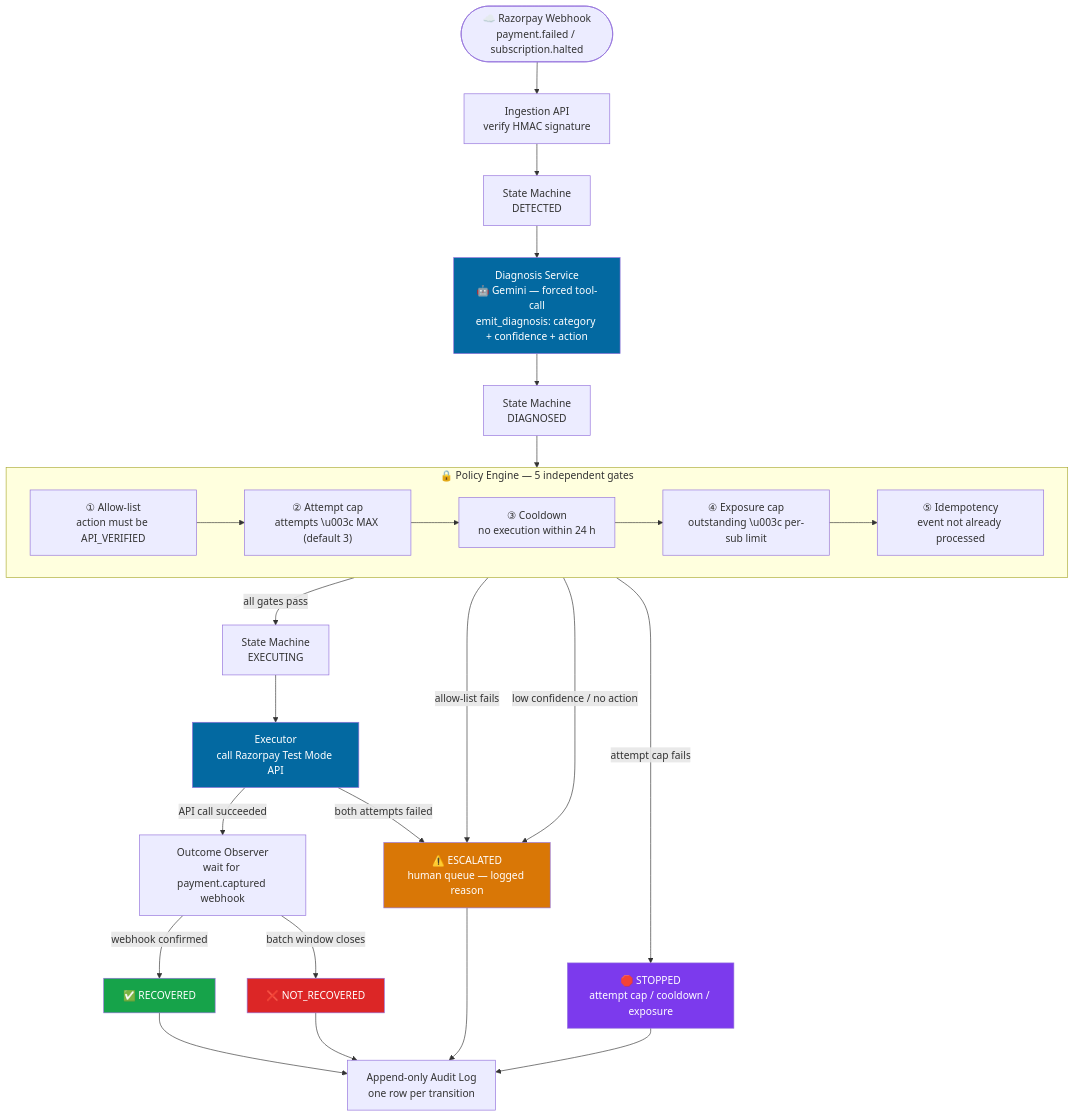
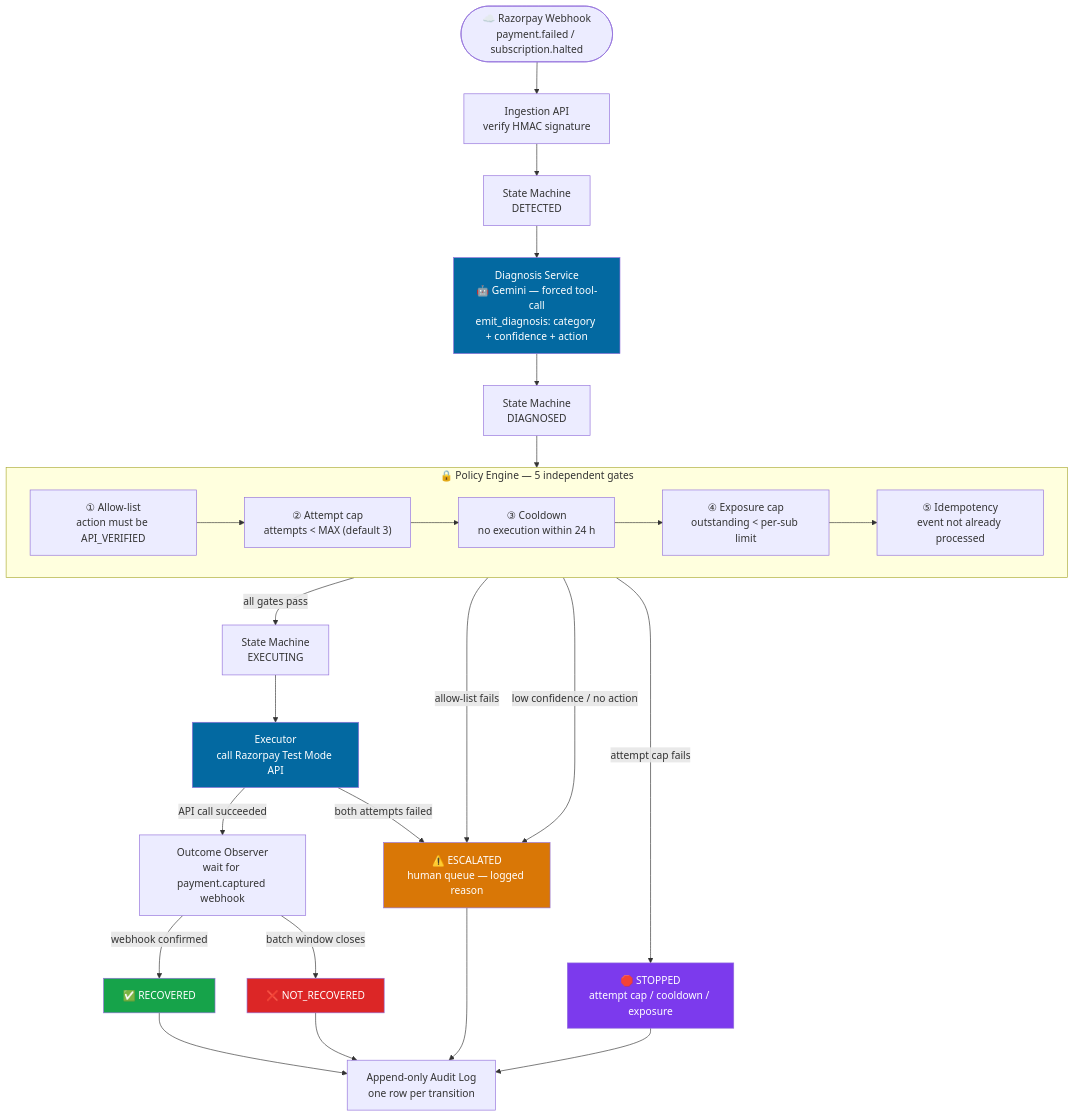
Before and after one commit to Hemanth-katariya/razorpay-ai-revenue-recovery: the diagram in README.md, drawn with Mermaid. The commit also changed other lines of this file, not shown here.

````diff
--- a/README.md
+++ b/README.md
@@ -44,47 +49,47 @@
 ```mermaid
 flowchart TD
     W(["☁️ Razorpay Webhook\npayment.failed / subscription.halted"])
     W --> ING["Ingestion API\nverify HMAC signature"]
 
     ING --> SM1["State Machine\nDETECTED"]
 
     SM1 --> DIAG["Diagnosis Service\n🤖 Gemini — forced tool-call\nemit_diagnosis: category + confidence + action"]
 
     DIAG --> SM2["State Machine\nDIAGNOSED"]
 
     SM2 --> GATE["Policy Engine — deterministic gates"]
 
     subgraph GATE ["🔒 Policy Engine — 5 independent gates"]
         G1["① Allow-list\naction must be API_VERIFIED"]
-        G2["② Attempt cap\nattempts \u003c MAX (default 3)"]
+        G2["② Attempt cap\nattempts < MAX (default 3)"]
         G3["③ Cooldown\nno execution within 24 h"]
-        G4["④ Exposure cap\noutstanding \u003c per-sub limit"]
+        G4["④ Exposure cap\noutstanding < per-sub limit"]
         G5["⑤ Idempotency\nevent not already processed"]
         G1 --> G2 --> G3 --> G4 --> G5
     end
 
     GATE -->|all gates pass| SM3["State Machine\nEXECUTING"]
     GATE -->|allow-list fails| ESC
     GATE -->|attempt cap fails| STP
     GATE -->|low confidence / no action| ESC
 
     SM3 --> EX["Executor\ncall Razorpay Test Mode API"]
 
     EX -->|API call succeeded| OBS["Outcome Observer\nwait for payment.captured webhook"]
     EX -->|both attempts failed| ESC
 
     OBS -->|webhook confirmed| SM4["✅ RECOVERED"]
     OBS -->|batch window closes| SM5["❌ NOT_RECOVERED"]
 
     ESC["⚠️ ESCALATED\nhuman queue — logged reason"]
     STP["🛑 STOPPED\nattempt cap / cooldown / exposure"]
 
     SM4 & SM5 & ESC & STP --> AUD["Append-only Audit Log\none row per transition"]
 
     style SM4 fill:#16a34a,color:#fff
     style SM5 fill:#dc2626,color:#fff
     style ESC fill:#d97706,color:#fff
     style STP fill:#7c3aed,color:#fff
     style DIAG fill:#0369a1,color:#fff
     style EX fill:#0369a1,color:#fff
 ```
````
